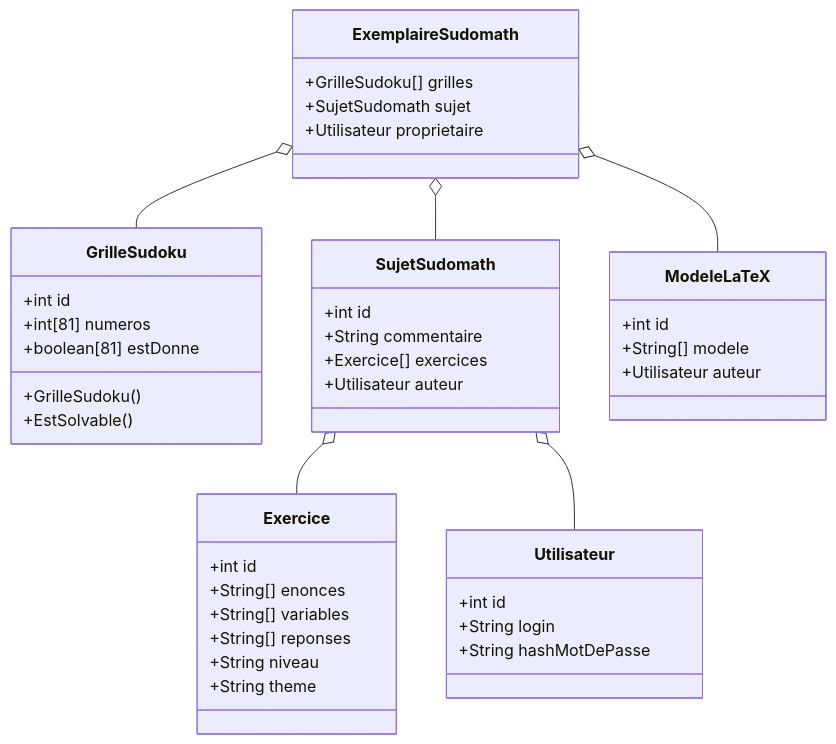
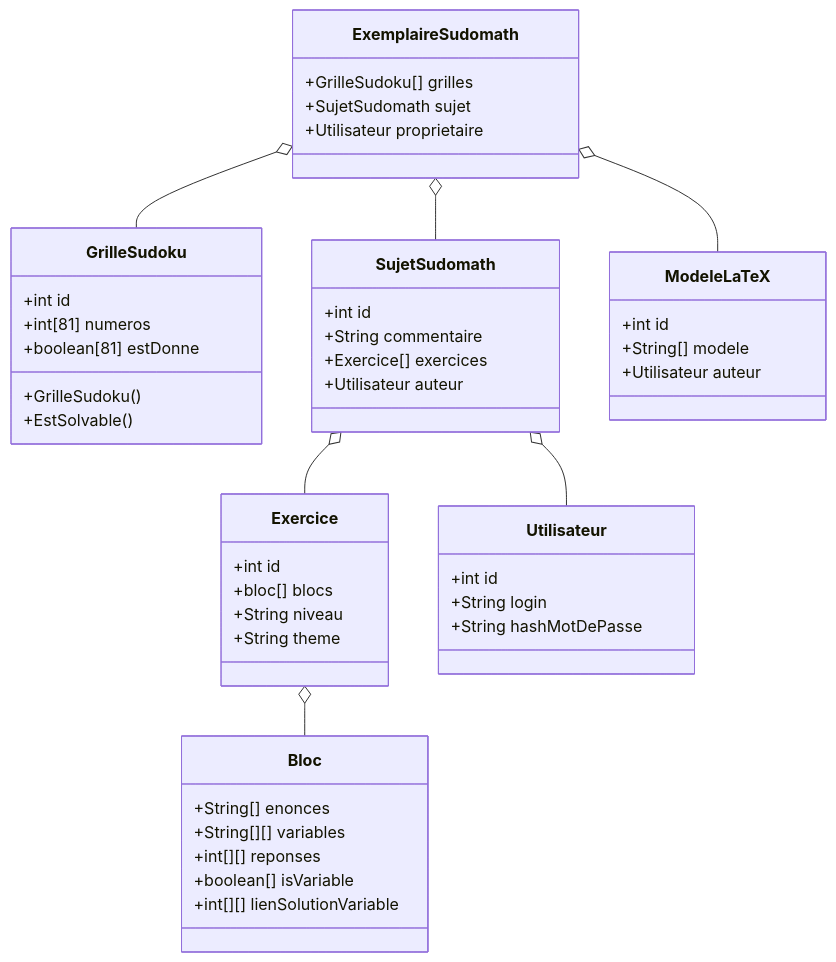
One commit to ndebarle/SudoMath changed the first of 2 diagrams in modelisation.md. Above: the diagram before and after it, drawn with Mermaid. The commit also changed other lines of this file and 4 other files, not shown here.

Commit message:
update diagramme de classe

````diff
--- a/modelisation.md
+++ b/modelisation.md
@@ -3,40 +3,44 @@
 ```mermaid
     classDiagram
     class GrilleSudoku
     GrilleSudoku : +int id
     GrilleSudoku : +int[81] numeros
     GrilleSudoku : +boolean[81] estDonne
     GrilleSudoku : +GrilleSudoku()
     GrilleSudoku : +EstSolvable()
     class SujetSudomath
     SujetSudomath : +int id
     SujetSudomath : +String commentaire
     SujetSudomath : +Exercice[] exercices
     SujetSudomath : +Utilisateur auteur
+    class Bloc
+    Exercice o-- Bloc
+    Bloc : +String[] enonces
+    Bloc : +String[][] variables
+    Bloc : +int[][] reponses
+    Bloc : +boolean[] isVariable
+    Bloc : +int[][] lienSolutionVariable
     class Exercice
     Exercice : +int id
-    Exercice : +String[] enonces
-    Exercice : +String[] variables
-    Exercice : +String[] reponses
+    Exercice : +bloc[] blocs
     Exercice : +String niveau
     Exercice : +String theme
     SujetSudomath o-- Exercice
     ExemplaireSudomath o-- ModeleLaTeX
     SujetSudomath o-- Utilisateur
     class Utilisateur
     Utilisateur : +int id
     Utilisateur : +String login
     Utilisateur : +String hashMotDePasse
     class ExemplaireSudomath
     ExemplaireSudomath : +GrilleSudoku[] grilles
     ExemplaireSudomath : +SujetSudomath sujet
     ExemplaireSudomath : +Utilisateur proprietaire
     ExemplaireSudomath o-- GrilleSudoku
     ExemplaireSudomath o-- SujetSudomath
     class ModeleLaTeX
     ModeleLaTeX : +int id
     ModeleLaTeX : +String[] modele
     ModeleLaTeX : +Utilisateur auteur
 
-
 ```
````
